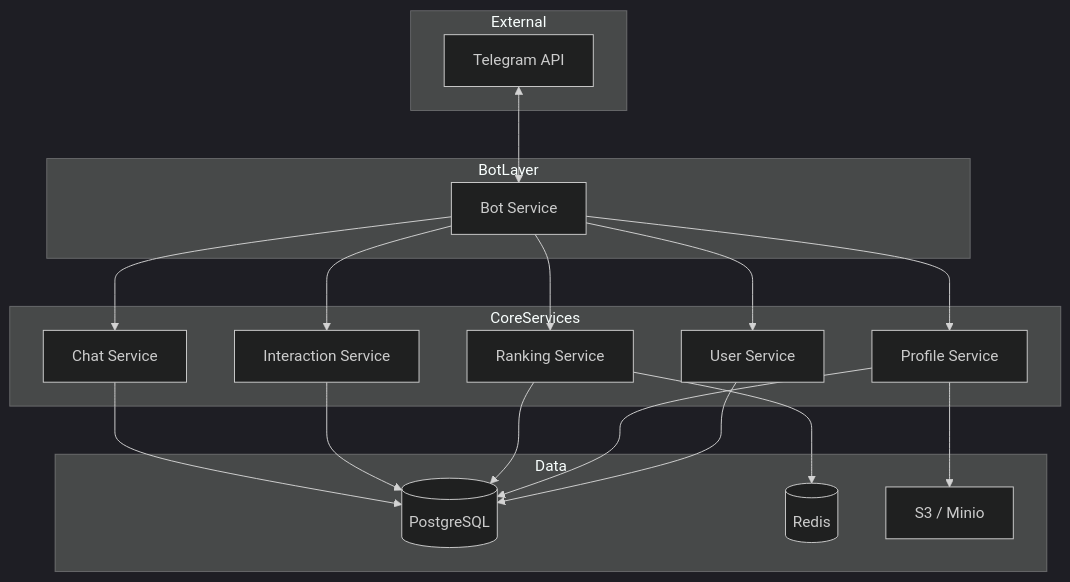
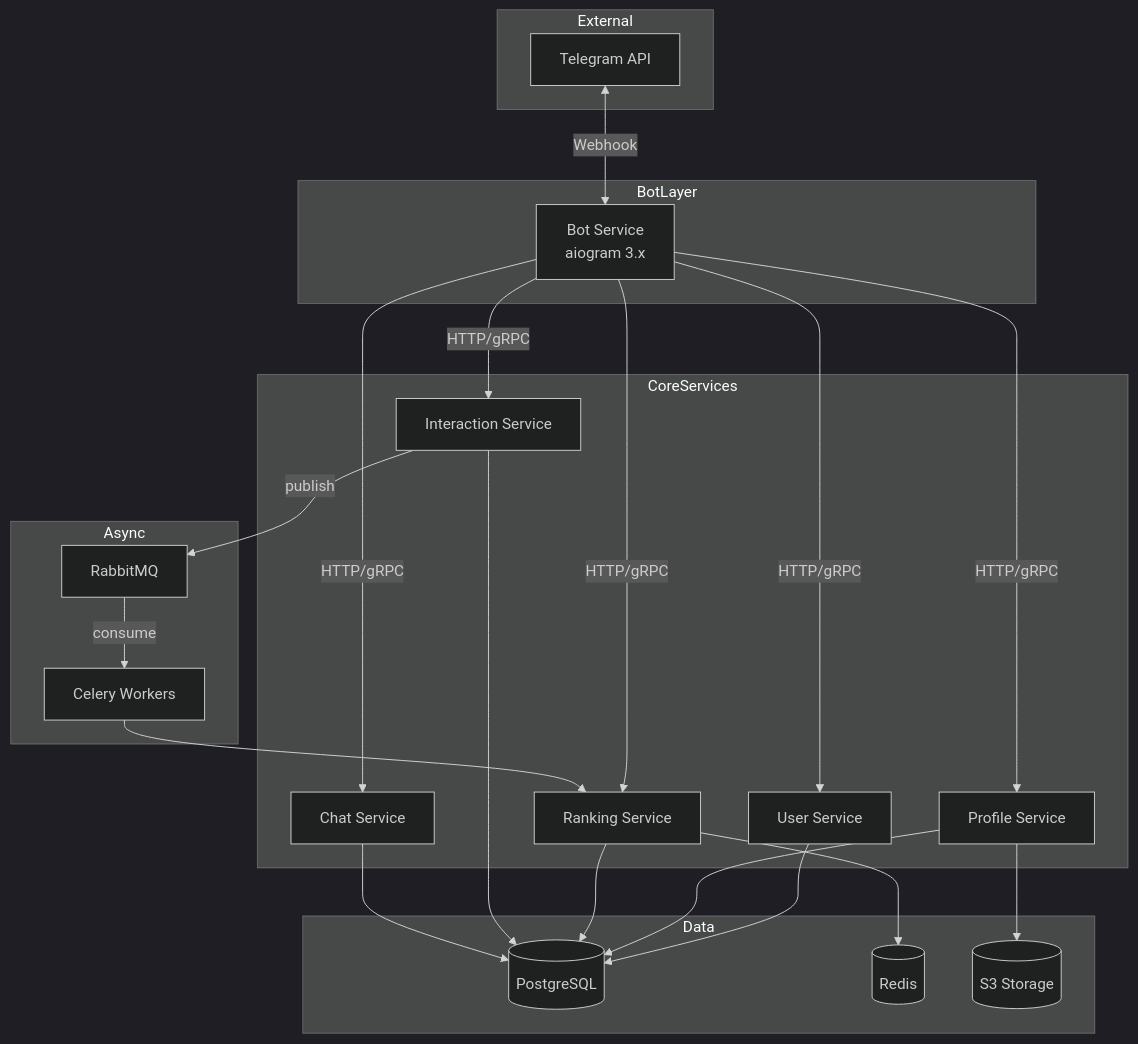
Before and after one commit to brikkerdev/DatingBot: the diagram in docs/02-architecture.md, drawn with Mermaid (dark theme). The commit also changed other lines of this file and 4 other files, not shown here.

````diff
--- a/docs/02-architecture.md
+++ b/docs/02-architecture.md
@@ -43,39 +3,47 @@
 ```mermaid
 flowchart TB
     subgraph External
         TG[Telegram API]
     end
 
     subgraph BotLayer
-        Bot[Bot Service]
+        Bot[Bot Service<br/>aiogram 3.x]
     end
 
     subgraph CoreServices
         User[User Service]
         Profile[Profile Service]
         Rank[Ranking Service]
         Interact[Interaction Service]
         Chat[Chat Service]
     end
 
     subgraph Data
         DB[(PostgreSQL)]
         Redis[(Redis)]
-        S3[S3 / Minio]
+        S3[(S3 Storage)]
     end
 
-    TG <--> Bot
-    Bot --> User
-    Bot --> Profile
-    Bot --> Rank
-    Bot --> Interact
-    Bot --> Chat
+    subgraph Async
+        MQ[RabbitMQ]
+        Celery[Celery Workers]
+    end
+
+    TG <-->|Webhook| Bot
+    Bot -->|HTTP/gRPC| User
+    Bot -->|HTTP/gRPC| Profile
+    Bot -->|HTTP/gRPC| Rank
+    Bot -->|HTTP/gRPC| Interact
+    Bot -->|HTTP/gRPC| Chat
 
     User --> DB
     Profile --> DB
     Profile --> S3
     Rank --> DB
     Rank --> Redis
     Interact --> DB
+    Interact -->|publish| MQ
+    MQ -->|consume| Celery
+    Celery --> Rank
     Chat --> DB
 ```
````
